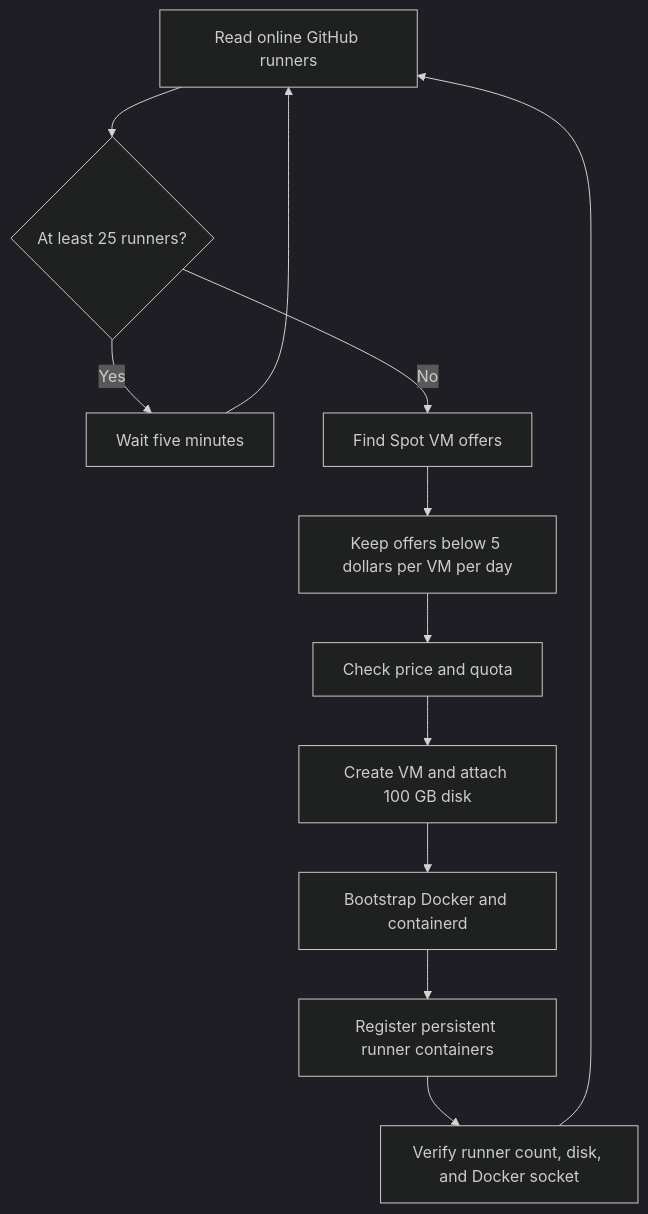
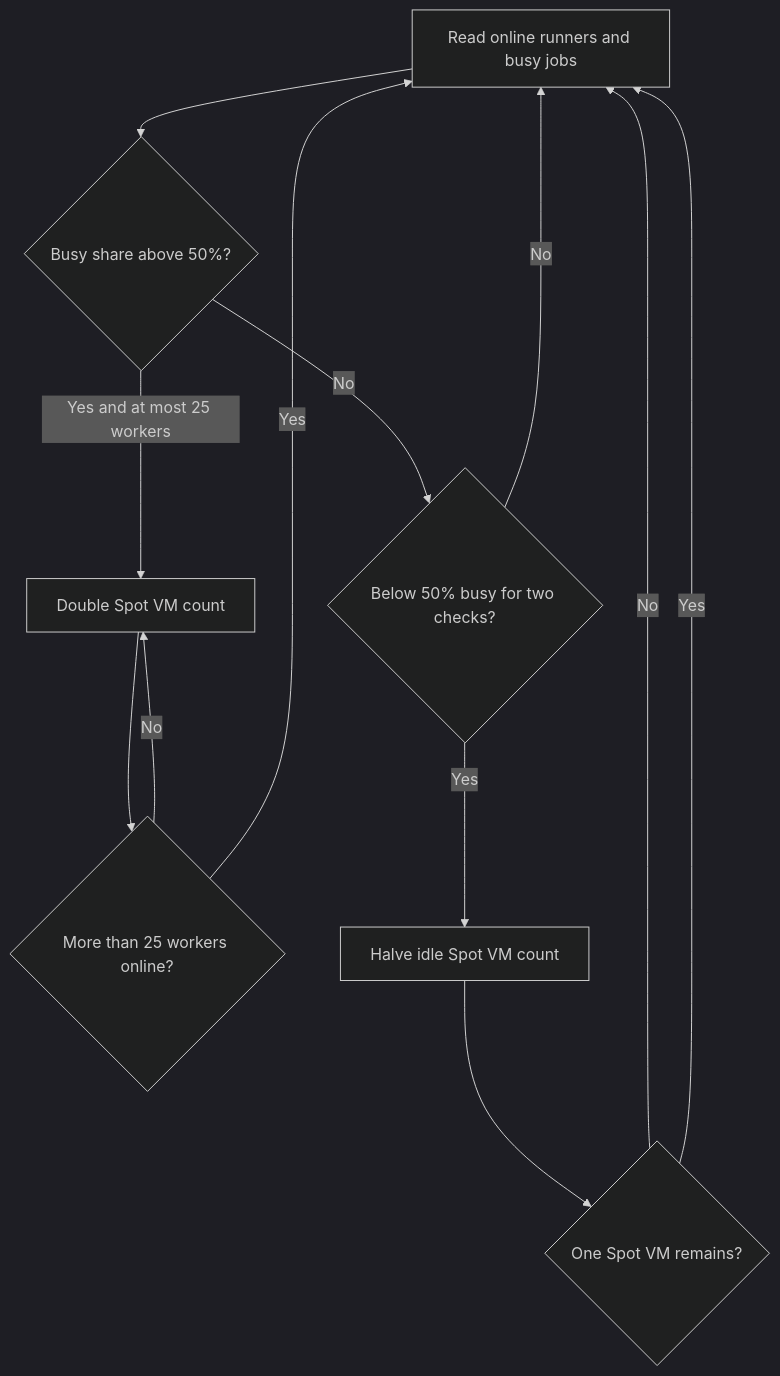
One commit to TheDancingDeveloper-org/spot-github-runners changed the diagram in README.md. Above: the diagram before and after it, drawn with Mermaid (dark theme). The commit also changed other lines of this file and 2 other files, not shown here.

Commit message:
Scale spot runners with observed job utilization

````diff
--- a/README.md
+++ b/README.md
@@ -15,14 +15,14 @@
 ```mermaid
 flowchart TD
-    A[Read online GitHub runners] --> B{At least 25 runners?}
-    B -- Yes --> C[Wait five minutes]
-    C --> A
-    B -- No --> D[Find Spot VM offers]
-    D --> E[Keep offers below 5 dollars per VM per day]
-    E --> F[Check price and quota]
-    F --> G[Create VM and attach 100 GB disk]
-    G --> H[Bootstrap Docker and containerd]
-    H --> I[Register persistent runner containers]
-    I --> J[Verify runner count, disk, and Docker socket]
-    J --> A
+    A[Read online runners and busy jobs] --> B{Busy share above 50%?}
+    B -- Yes and at most 25 workers --> C[Double Spot VM count]
+    C --> D{More than 25 workers online?}
+    D -- No --> C
+    D -- Yes --> A
+    B -- No --> E{Below 50% busy for two checks?}
+    E -- Yes --> F[Halve idle Spot VM count]
+    F --> G{One Spot VM remains?}
+    G -- No --> A
+    G -- Yes --> A
+    E -- No --> A
 ```
````
